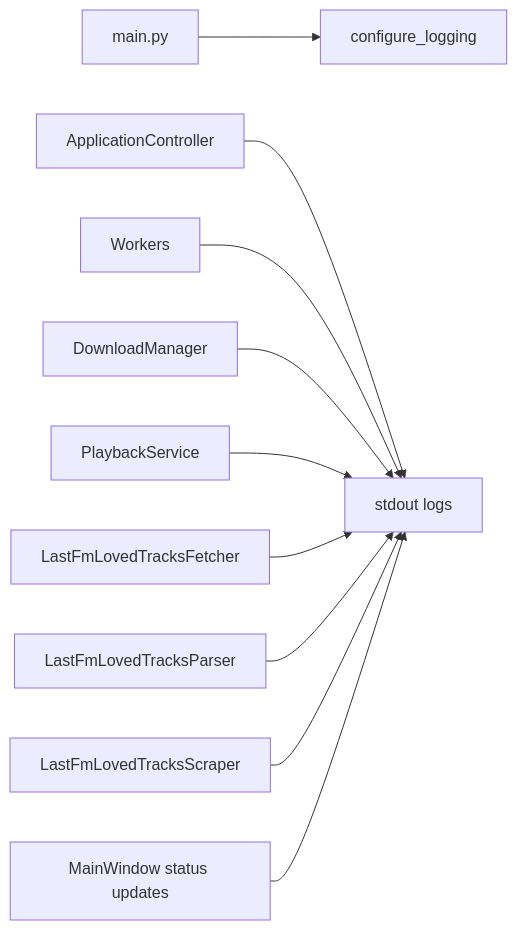
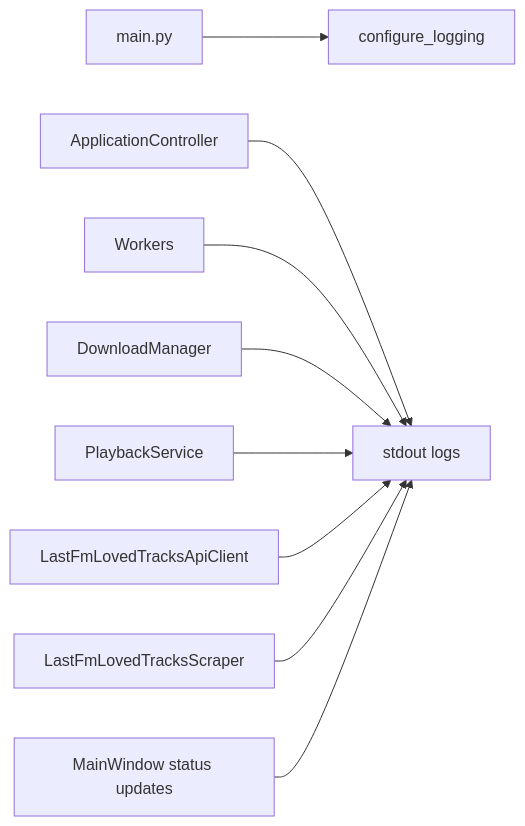
The ninth of 9 diagrams in documents/03_ARCHITECTURE.md (marcelpetrick/myLastFmPlayer), drawn with Mermaid before and after one commit. The commit also changed other lines of this file and 10 other files, not shown here.

First line of the commit message:
feat(lastfm): fetch loved tracks through API (v0.0.88)

````diff
--- a/documents/03_ARCHITECTURE.md
+++ b/documents/03_ARCHITECTURE.md
@@ -326,12 +314,11 @@
 ```mermaid
 flowchart LR
     Main[main.py] --> Logging[configure_logging]
     Controller[ApplicationController] --> Logs[stdout logs]
     Worker[Workers] --> Logs
     Download[DownloadManager] --> Logs
     Playback[PlaybackService] --> Logs
-    Fetcher[LastFmLovedTracksFetcher] --> Logs
-    Parser[LastFmLovedTracksParser] --> Logs
+    ApiClient[LastFmLovedTracksApiClient] --> Logs
     Scraper[LastFmLovedTracksScraper] --> Logs
     UI[MainWindow status updates] --> Logs
 ```
````
